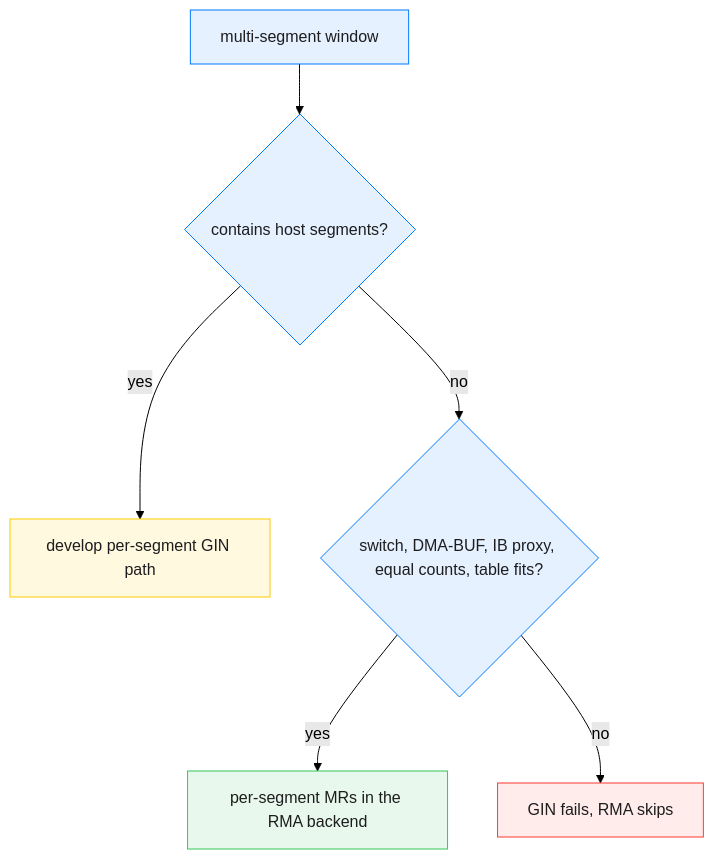
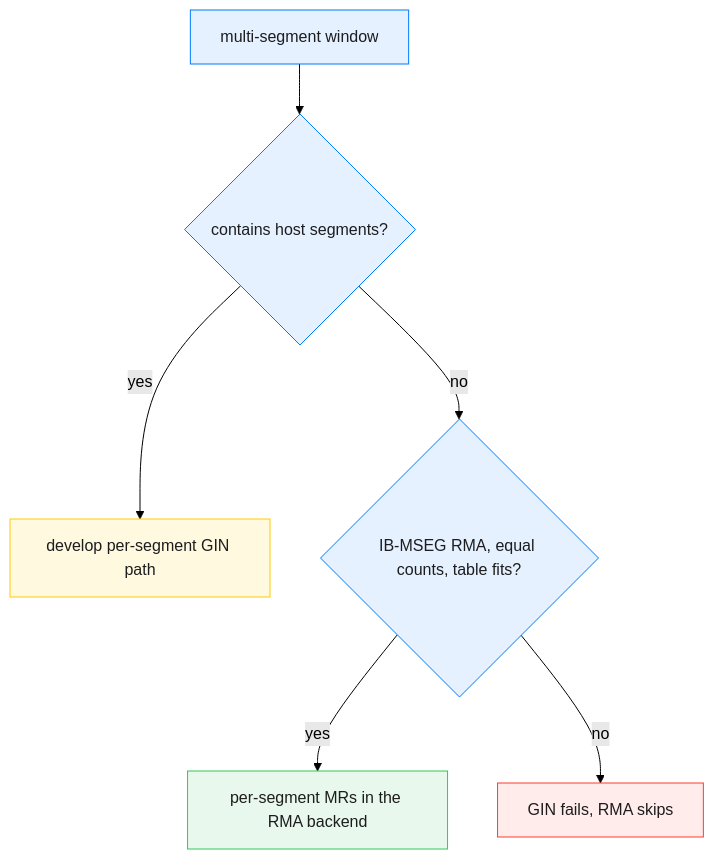
Before and after one commit to ROCm/rocm-systems: the sixth of 6 diagrams in projects/rccl/docs/design/multi_segment_gin_rma.md, drawn with Mermaid (forest theme). The commit also changed other lines of this file and 16 other files, not shown here.

````diff
--- a/projects/rccl/docs/design/multi_segment_gin_rma.md
+++ b/projects/rccl/docs/design/multi_segment_gin_rma.md
@@ -204,17 +221,17 @@
 ```mermaid
 %% caption: Window gates: which multi-segment windows reach the RMA backend
 flowchart TD
  w["multi-segment window"] --> sys{"contains host segments?"}
  sys -->|yes| dev["develop per-segment GIN path"]
- sys -->|no| g{"switch, DMA-BUF, IB proxy, equal counts, table fits?"}
+ sys -->|no| g{"IB-MSEG RMA, equal counts, table fits?"}
  g -->|yes| mrs["per-segment MRs in the RMA backend"]
  g -->|no| inv["GIN fails, RMA skips"]
  classDef gin fill:#e5f1ff,stroke:#007aff,color:#1d1d1f
  classDef okpath fill:#e8f8ec,stroke:#34c759,color:#1d1d1f
  classDef stagepath fill:#fff9e0,stroke:#ffcc00,color:#1d1d1f
  classDef failpath fill:#ffeceb,stroke:#ff3b30,color:#1d1d1f
  class w,sys,g gin
  class mrs okpath
  class dev stagepath
  class inv failpath
 ```
````
